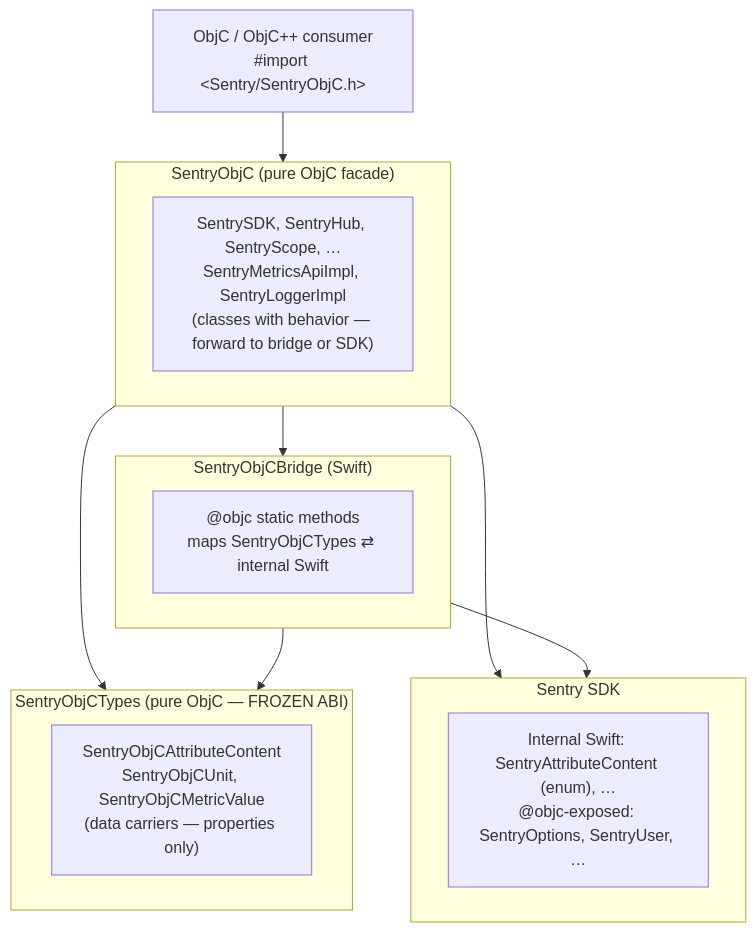
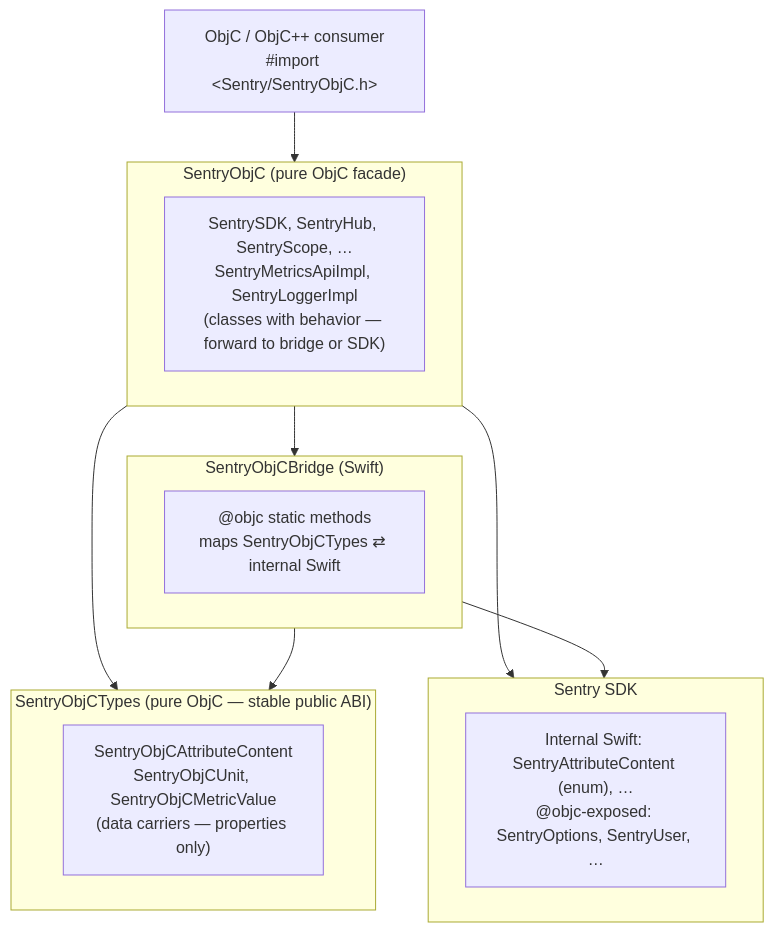
The diagram in develop-docs/SENTRY-OBJC.md (getsentry/sentry-cocoa), drawn with Mermaid before and after one commit. The commit also changed other lines of this file and 25 other files, not shown here.

First line of the commit message:
ref(SentryObjC): Drop @compatibility_alias

````diff
--- a/develop-docs/SENTRY-OBJC.md
+++ b/develop-docs/SENTRY-OBJC.md
@@ -34,27 +39,27 @@
 ```mermaid
 graph TD
     Consumer["ObjC / ObjC++ consumer<br/>#import &lt;Sentry/SentryObjC.h&gt;"]
 
     subgraph SentryObjC["SentryObjC (pure ObjC facade)"]
         Facade["SentrySDK, SentryHub, SentryScope, …<br/>SentryMetricsApiImpl, SentryLoggerImpl<br/>(classes with behavior — forward to bridge or SDK)"]
     end
 
     subgraph SentryObjCBridge["SentryObjCBridge (Swift)"]
         Bridge["@objc static methods<br/>maps SentryObjCTypes ⇄ internal Swift"]
     end
 
-    subgraph SentryObjCTypes["SentryObjCTypes (pure ObjC — FROZEN ABI)"]
+    subgraph SentryObjCTypes["SentryObjCTypes (pure ObjC — stable public ABI)"]
         Types["SentryObjCAttributeContent<br/>SentryObjCUnit, SentryObjCMetricValue<br/>(data carriers — properties only)"]
     end
 
     subgraph Sentry["Sentry SDK"]
         SDK["Internal Swift: SentryAttributeContent (enum), …<br/>@objc-exposed: SentryOptions, SentryUser, …"]
     end
 
     Consumer --> SentryObjC
     SentryObjC --> SentryObjCBridge
     SentryObjC --> SentryObjCTypes
     SentryObjC --> Sentry
     SentryObjCBridge --> SentryObjCTypes
     SentryObjCBridge --> Sentry
 ```
````
